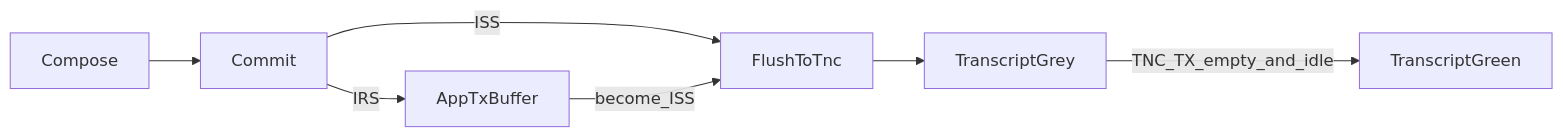
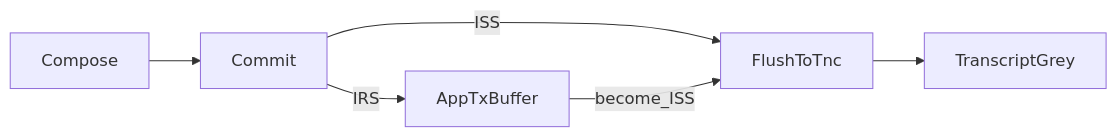
One commit to ninjafairy/PactorRATT_Alpha changed the third of 3 diagrams in docs/ARCHITECTURE.md. Above: the diagram before and after it, drawn with Mermaid. The commit also changed other lines of this file and 15 other files, not shown here.

````diff
--- a/docs/ARCHITECTURE.md
+++ b/docs/ARCHITECTURE.md
@@ -133,9 +133,8 @@
 ```mermaid
 flowchart LR
   Compose --> Commit
   Commit -->|IRS| AppTxBuffer
   Commit -->|ISS| FlushToTnc
   AppTxBuffer -->|become_ISS| FlushToTnc
   FlushToTnc --> TranscriptGrey
-  TranscriptGrey -->|TNC_TX_empty_and_idle| TranscriptGreen
 ```
````
